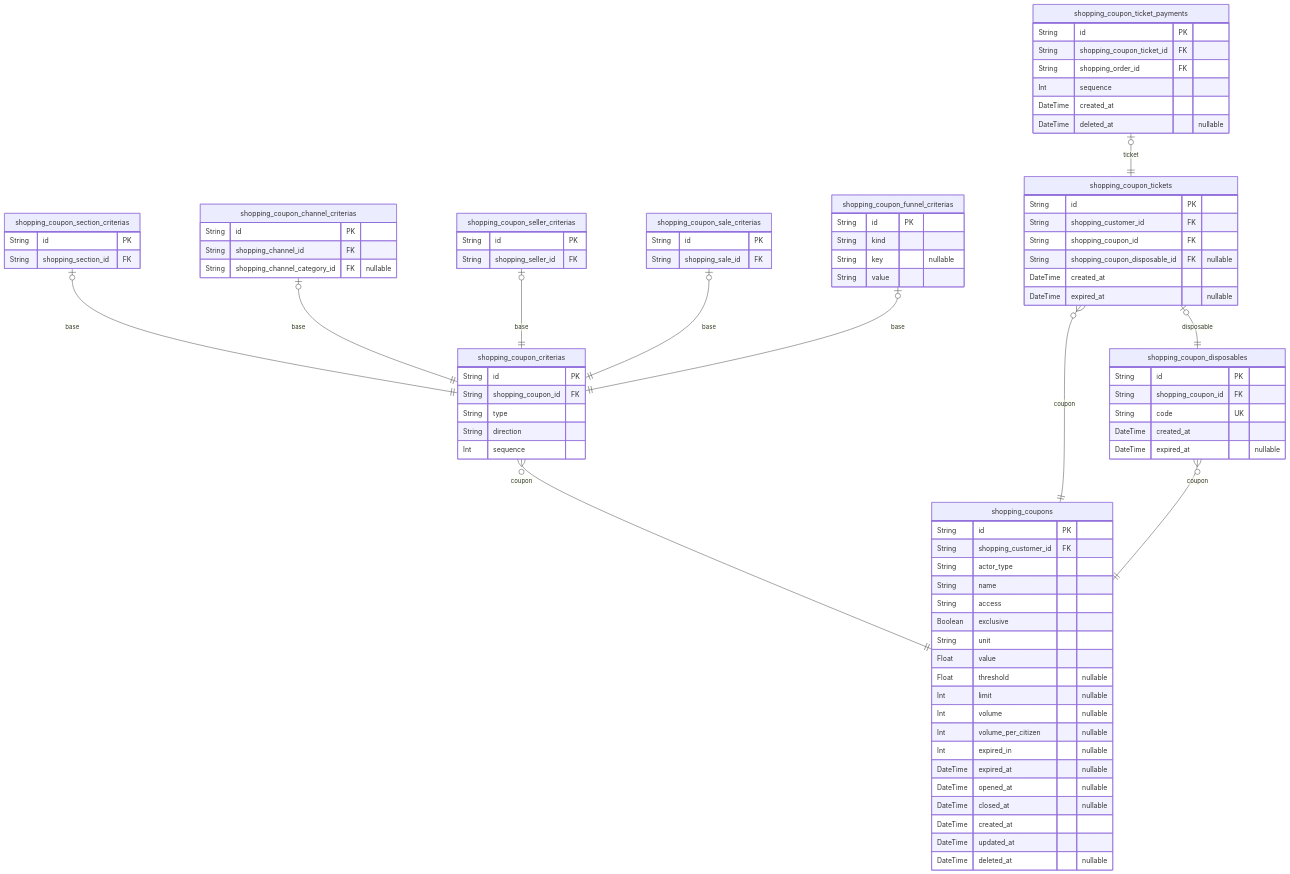
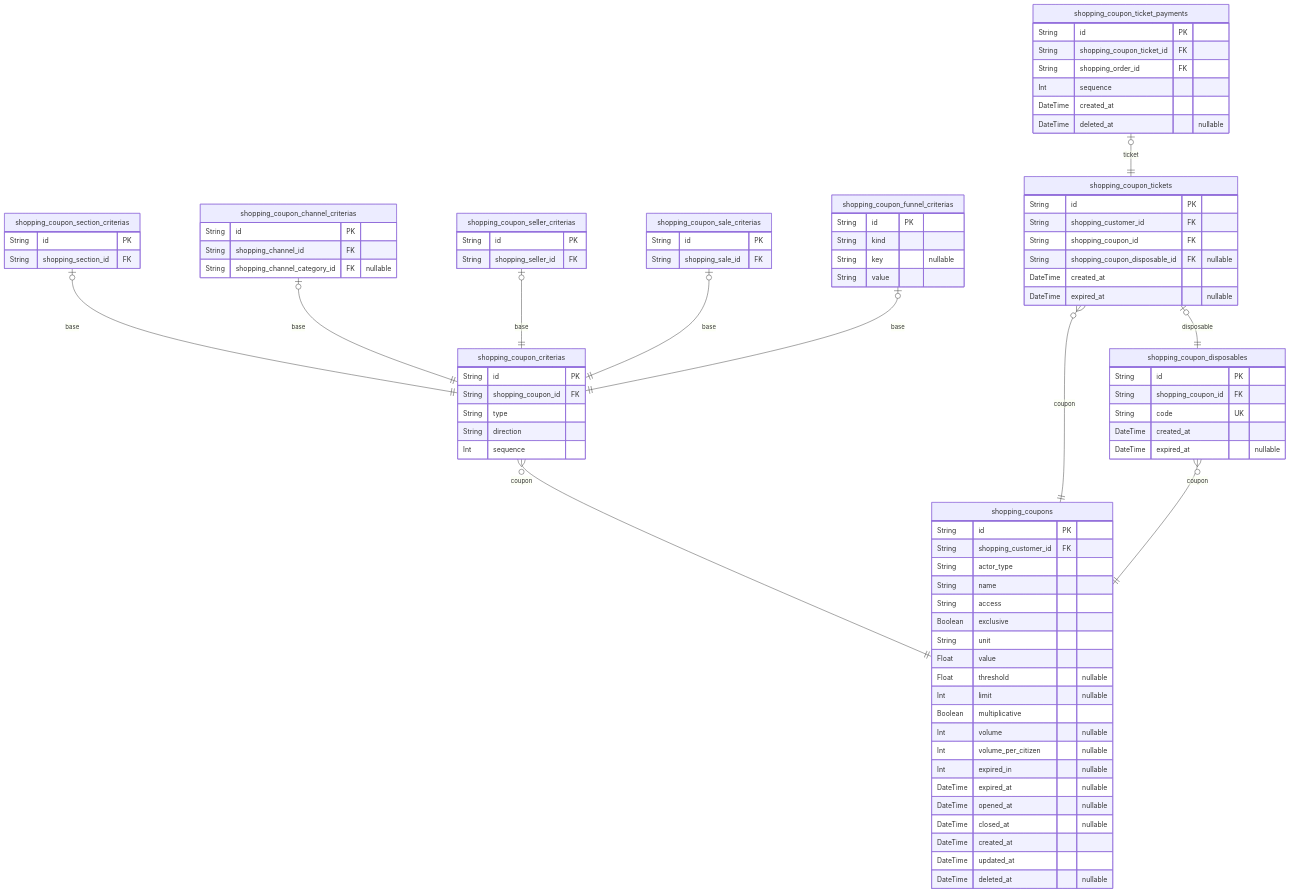
Before and after one commit to samchon/prisma-markdown: the seventh of 10 diagrams in ERD.md, drawn with Mermaid. The commit also changed other lines of this file and 13 other files, not shown here.

````diff
--- a/ERD.md
+++ b/ERD.md
@@ -1685,78 +1755,79 @@
 ```mermaid
 erDiagram
 "shopping_coupons" {
-    String id PK
-    String shopping_customer_id FK
-    String actor_type
-    String name
-    String access
-    Boolean exclusive
-    String unit
-    Float value
-    Float threshold "nullable"
-    Int limit "nullable"
-    Int volume "nullable"
-    Int volume_per_citizen "nullable"
-    Int expired_in "nullable"
-    DateTime expired_at "nullable"
-    DateTime opened_at "nullable"
-    DateTime closed_at "nullable"
-    DateTime created_at
-    DateTime updated_at
-    DateTime deleted_at "nullable"
+  String id PK
+  String shopping_customer_id FK
+  String actor_type
+  String name
+  String access
+  Boolean exclusive
+  String unit
+  Float value
+  Float threshold "nullable"
+  Int limit "nullable"
+  Boolean multiplicative
+  Int volume "nullable"
+  Int volume_per_citizen "nullable"
+  Int expired_in "nullable"
+  DateTime expired_at "nullable"
+  DateTime opened_at "nullable"
+  DateTime closed_at "nullable"
+  DateTime created_at
+  DateTime updated_at
+  DateTime deleted_at "nullable"
 }
 "shopping_coupon_criterias" {
-    String id PK
-    String shopping_coupon_id FK
-    String type
-    String direction
-    Int sequence
+  String id PK
+  String shopping_coupon_id FK
+  String type
+  String direction
+  Int sequence
 }
 "shopping_coupon_section_criterias" {
-    String id PK
-    String shopping_section_id FK
+  String id PK
+  String shopping_section_id FK
 }
 "shopping_coupon_channel_criterias" {
-    String id PK
-    String shopping_channel_id FK
-    String shopping_channel_category_id FK "nullable"
+  String id PK
+  String shopping_channel_id FK
+  String shopping_channel_category_id FK "nullable"
 }
 "shopping_coupon_seller_criterias" {
-    String id PK
-    String shopping_seller_id FK
+  String id PK
+  String shopping_seller_id FK
 }
 "shopping_coupon_sale_criterias" {
-    String id PK
-    String shopping_sale_id FK
+  String id PK
+  String shopping_sale_id FK
 }
 "shopping_coupon_funnel_criterias" {
-    String id PK
-    String kind
-    String key "nullable"
-    String value
+  String id PK
+  String kind
+  String key "nullable"
+  String value
 }
 "shopping_coupon_tickets" {
-    String id PK
-    String shopping_customer_id FK
-    String shopping_coupon_id FK
-    String shopping_coupon_disposable_id FK "nullable"
-    DateTime created_at
-    DateTime expired_at "nullable"
+  String id PK
+  String shopping_customer_id FK
+  String shopping_coupon_id FK
+  String shopping_coupon_disposable_id FK "nullable"
+  DateTime created_at
+  DateTime expired_at "nullable"
 }
 "shopping_coupon_ticket_payments" {
-    String id PK
-    String shopping_coupon_ticket_id FK
-    String shopping_order_id FK
-    Int sequence
-    DateTime created_at
-    DateTime deleted_at "nullable"
+  String id PK
+  String shopping_coupon_ticket_id FK
+  String shopping_order_id FK
+  Int sequence
+  DateTime created_at
+  DateTime deleted_at "nullable"
 }
 "shopping_coupon_disposables" {
-    String id PK
-    String shopping_coupon_id FK
-    String code UK
-    DateTime created_at
-    DateTime expired_at "nullable"
+  String id PK
+  String shopping_coupon_id FK
+  String code UK
+  DateTime created_at
+  DateTime expired_at "nullable"
 }
 "shopping_coupon_criterias" }o--|| "shopping_coupons" : coupon
 "shopping_coupon_section_criterias" |o--|| "shopping_coupon_criterias" : base
````
